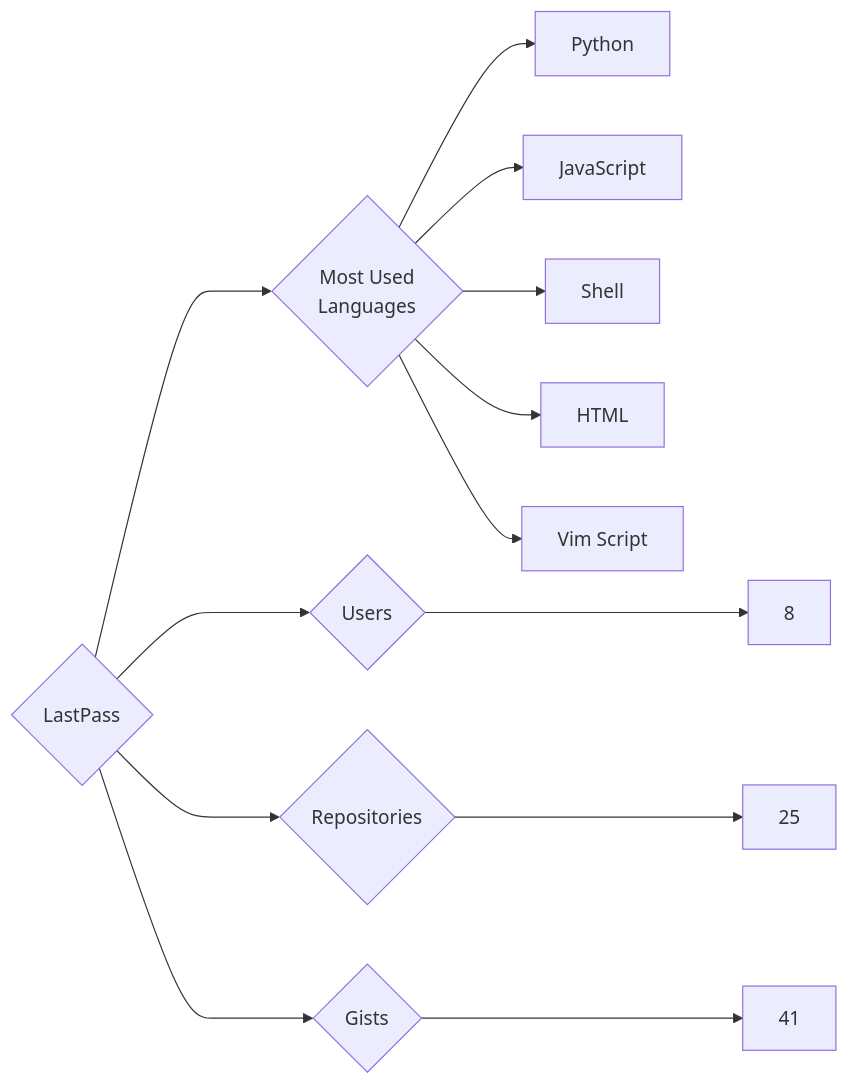
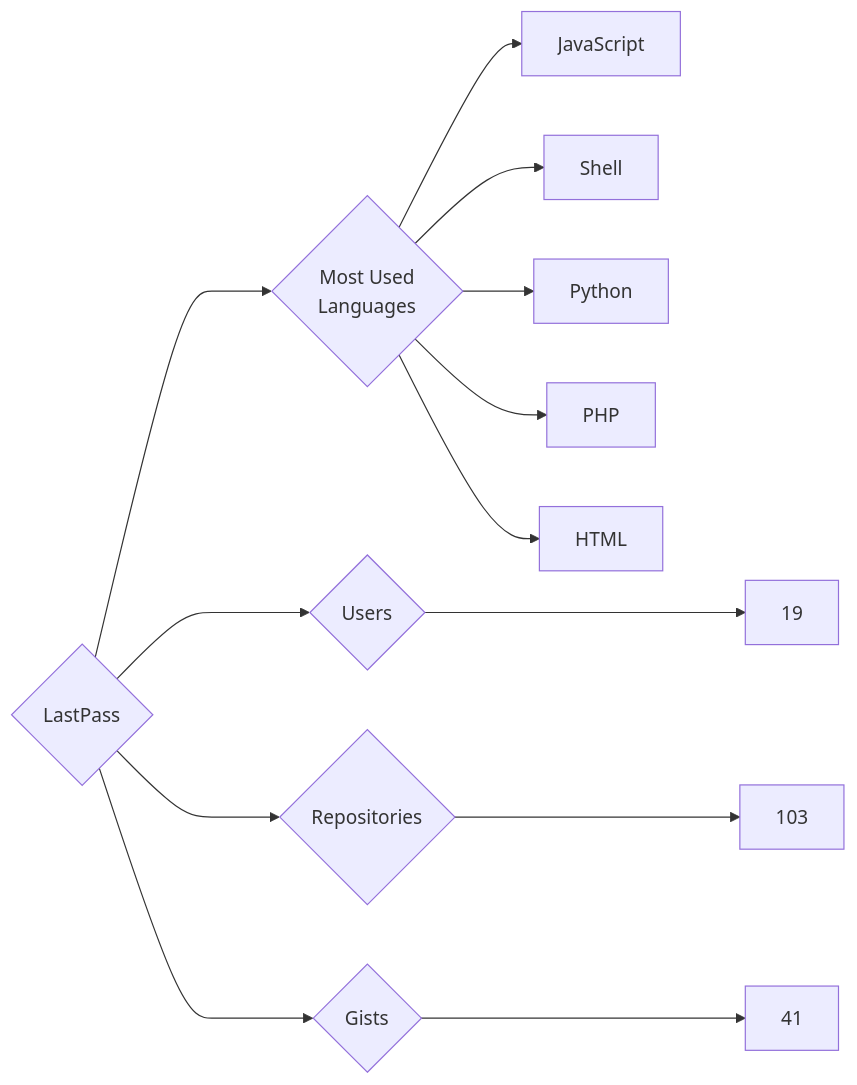
One commit to trickest/insiders changed the diagram in targets/LastPass/README.md. Above: the diagram before and after it, drawn with Mermaid. The commit also changed 594 other files, not shown here.

````diff
--- a/targets/LastPass/README.md
+++ b/targets/LastPass/README.md
@@ -3,13 +3,13 @@
 ```mermaid
 graph LR
 COMPANY_NAME{LastPass}
-COMPANY_NAME ---> U{Users} ---> UN[8]
-COMPANY_NAME ---> R{Repositories} ---> RN[25]
+COMPANY_NAME ---> U{Users} ---> UN[19]
+COMPANY_NAME ---> R{Repositories} ---> RN[103]
 COMPANY_NAME ---> G{Gists} ---> GN[41]
 COMPANY_NAME ---> ML{Most Used<br>Languages}
-ML --> Python[Python]
 ML --> JavaScript[JavaScript]
 ML --> Shell[Shell]
+ML --> Python[Python]
+ML --> PHP[PHP]
 ML --> HTML[HTML]
-ML --> Vim_Script[Vim Script]
 ```
````
